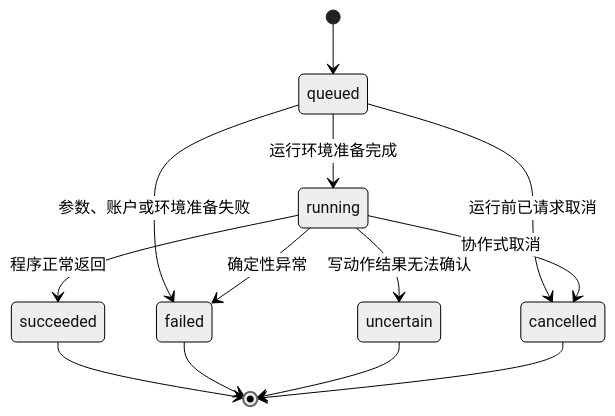
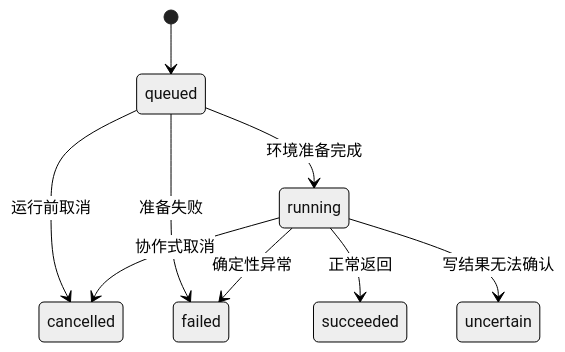
The first of 2 diagrams in docs/task-runner-processing-design.md (xy459/auto-x), drawn with Mermaid (neutral theme) before and after one commit. The commit also changed other lines of this file and 96 other files, not shown here.

````diff
--- a/docs/task-runner-processing-design.md
+++ b/docs/task-runner-processing-design.md
@@ -195,18 +93,11 @@
 ```mermaid
 stateDiagram-v2
     [*] --> queued
-
-    queued --> cancelled: 运行前已请求取消
-    queued --> failed: 参数、账户或环境准备失败
-    queued --> running: 运行环境准备完成
-
-    running --> succeeded: 程序正常返回
+    queued --> cancelled: 运行前取消
+    queued --> failed: 准备失败
+    queued --> running: 环境准备完成
+    running --> succeeded: 正常返回
     running --> failed: 确定性异常
-    running --> uncertain: 写动作结果无法确认
+    running --> uncertain: 写结果无法确认
     running --> cancelled: 协作式取消
-
-    succeeded --> [*]
-    failed --> [*]
-    uncertain --> [*]
-    cancelled --> [*]
 ```
````
